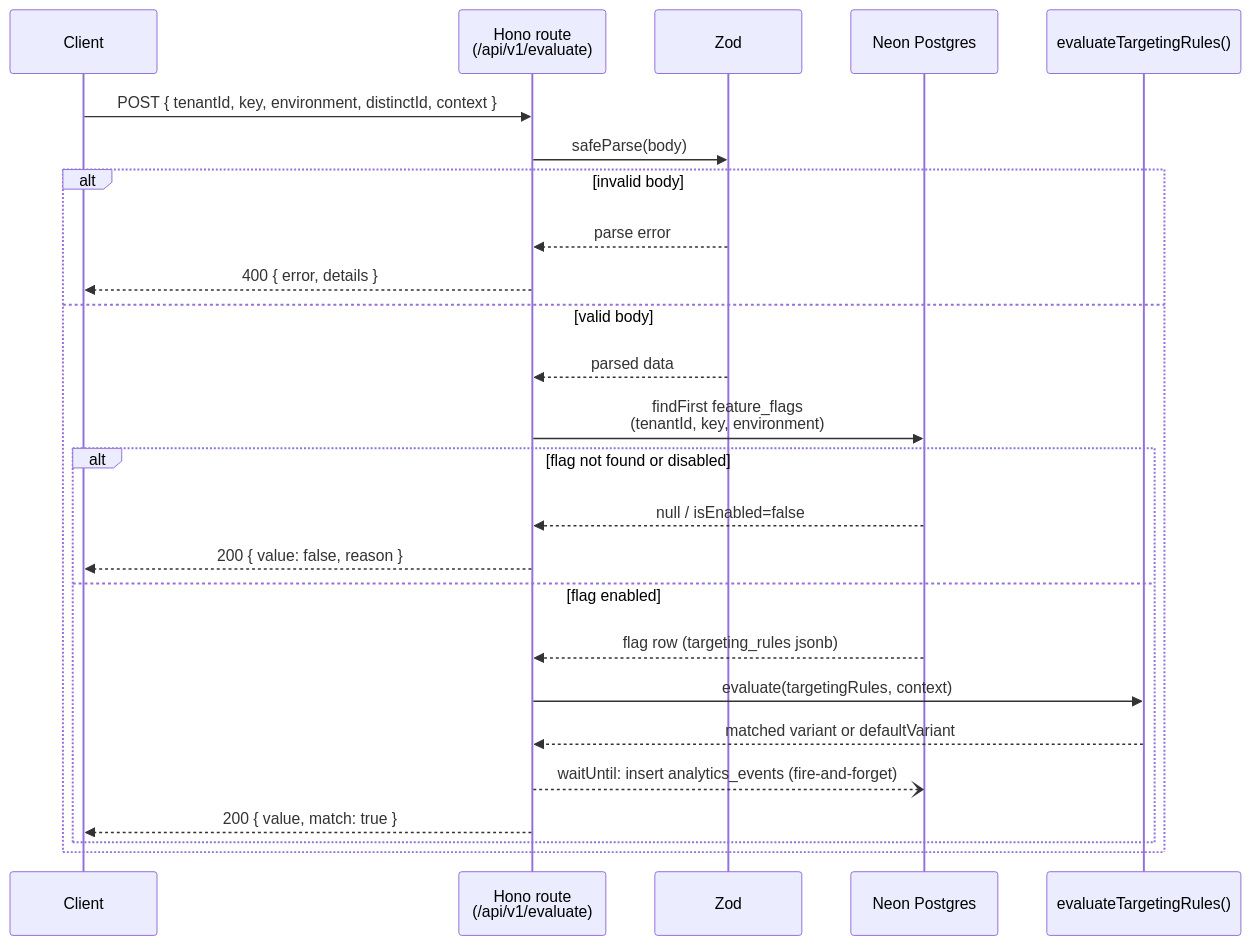
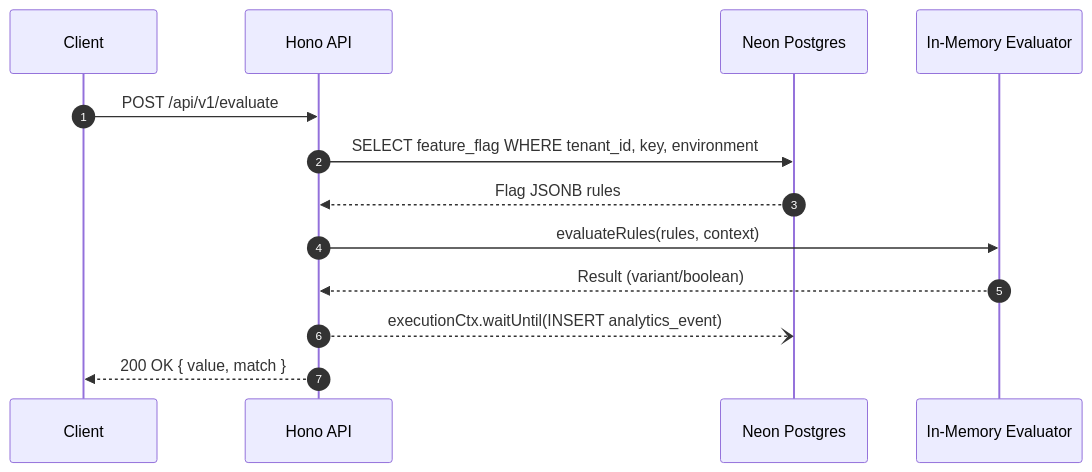
Before and after one commit to gulfaniputra/pulse-forge: the diagram in README.md, drawn with Mermaid. The commit also changed other lines of this file, not shown here.

````diff
--- a/README.md
+++ b/README.md
@@ -165,28 +87,17 @@
 ```mermaid
 sequenceDiagram
+    autonumber
     participant Client
-    participant Hono as Hono route<br/>(/api/v1/evaluate)
-    participant Zod
+    participant Hono as Hono API
     participant DB as Neon Postgres
-    participant Evaluator as evaluateTargetingRules()
+    participant Engine as In-Memory Evaluator
 
-    Client->>Hono: POST { tenantId, key, environment, distinctId, context }
-    Hono->>Zod: safeParse(body)
-    alt invalid body
-        Zod-->>Hono: parse error
-        Hono-->>Client: 400 { error, details }
-    else valid body
-        Zod-->>Hono: parsed data
-        Hono->>DB: findFirst feature_flags<br/>(tenantId, key, environment)
-        alt flag not found or disabled
-            DB-->>Hono: null / isEnabled=false
-            Hono-->>Client: 200 { value: false, reason }
-        else flag enabled
-            DB-->>Hono: flag row (targeting_rules jsonb)
-            Hono->>Evaluator: evaluate(targetingRules, context)
-            Evaluator-->>Hono: matched variant or defaultVariant
-            Hono--)DB: waitUntil: insert analytics_events (fire-and-forget)
-            Hono-->>Client: 200 { value, match: true }
-        end
-    end
+    Client->>Hono: POST /api/v1/evaluate
+    Hono->>DB: SELECT feature_flag WHERE tenant_id, key, environment
+    DB-->>Hono: Flag JSONB rules
+    Hono->>Engine: evaluateRules(rules, context)
+    Engine-->>Hono: Result (variant/boolean)
+    Hono--)DB: executionCtx.waitUntil(INSERT analytics_event)
+    Hono-->>Client: 200 OK { value, match }
+
 ```
````
